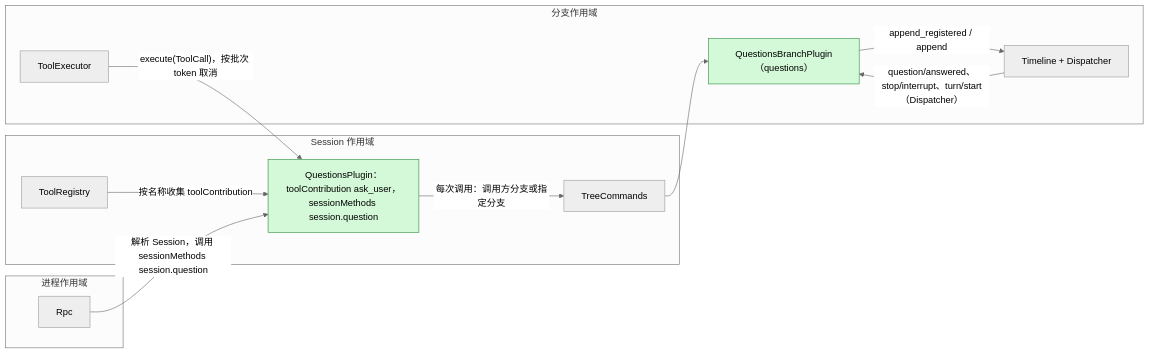
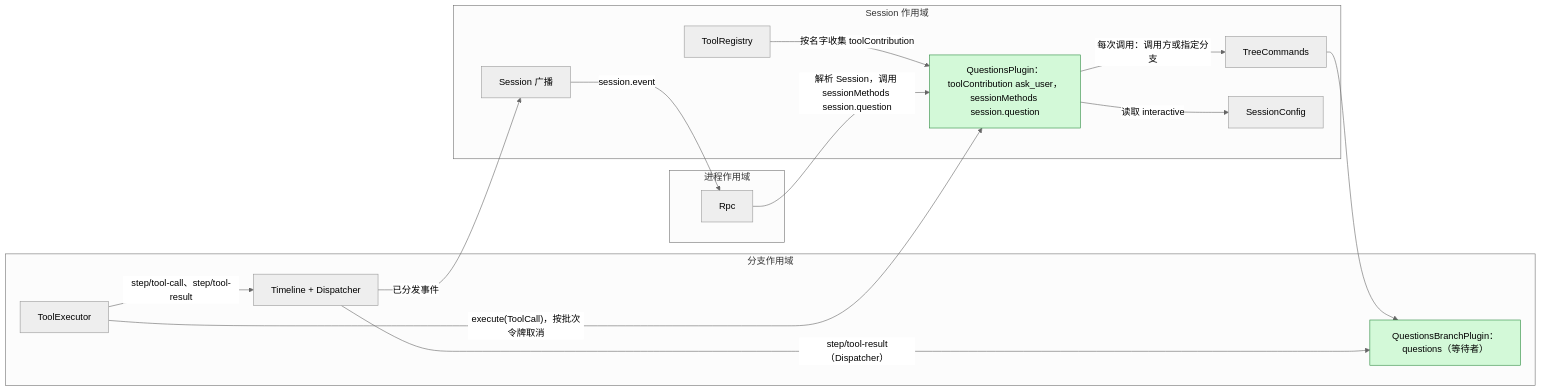
Before and after one commit to CoutinhoTTS/dim-agent: the first of 4 diagrams in docs/zh/design/plugins/Questions.md, drawn with Mermaid (neutral theme). The commit also changed other lines of this file and 13 other files, not shown here.

First line of the commit message:
docs(questions): redesign ask_user so the answer is the tool result

````diff
--- a/docs/zh/design/plugins/Questions.md
+++ b/docs/zh/design/plugins/Questions.md
@@ -11,24 +13,29 @@
 ```mermaid
 flowchart LR
+  subgraph P["进程作用域"]
+    RPC["Rpc"]
+  end
   subgraph S["Session 作用域"]
     QS["QuestionsPlugin：toolContribution ask_user，sessionMethods session.question"]:::new
     TR["ToolRegistry"]
     TC["TreeCommands"]
-  end
-  subgraph P["进程作用域"]
-    RPC["Rpc"]
+    CFG["SessionConfig"]
+    SB["Session 广播"]
   end
   subgraph B["分支作用域"]
-    QB["QuestionsBranchPlugin（questions）"]:::new
+    QB["QuestionsBranchPlugin：questions（等待者）"]:::new
     TE["ToolExecutor"]
     TL["Timeline + Dispatcher"]
   end
-  TR -- "按名称收集 toolContribution" --> QS
+  TR -- "按名字收集 toolContribution" --> QS
+  TE -- "execute(ToolCall)，按批次令牌取消" --> QS
   RPC -- "解析 Session，调用 sessionMethods session.question" --> QS
-  QS -- "每次调用：调用方分支或指定分支" --> TC
+  QS -- "读取 interactive" --> CFG
+  QS -- "每次调用：调用方或指定分支" --> TC
   TC --> QB
-  TE -- "execute(ToolCall)，按批次 token 取消" --> QS
-  QB -- "append_registered / append" --> TL
-  TL -- "question/answered、stop/interrupt、turn/start（Dispatcher）" --> QB
+  TL -- "step/tool-result（Dispatcher）" --> QB
+  TE -- "step/tool-call、step/tool-result" --> TL
+  TL -- "已分发事件" --> SB
+  SB -- "session.event" --> RPC
   classDef new fill:#d3f9d8,stroke:#2b8a3e,color:#000
 ```
````
